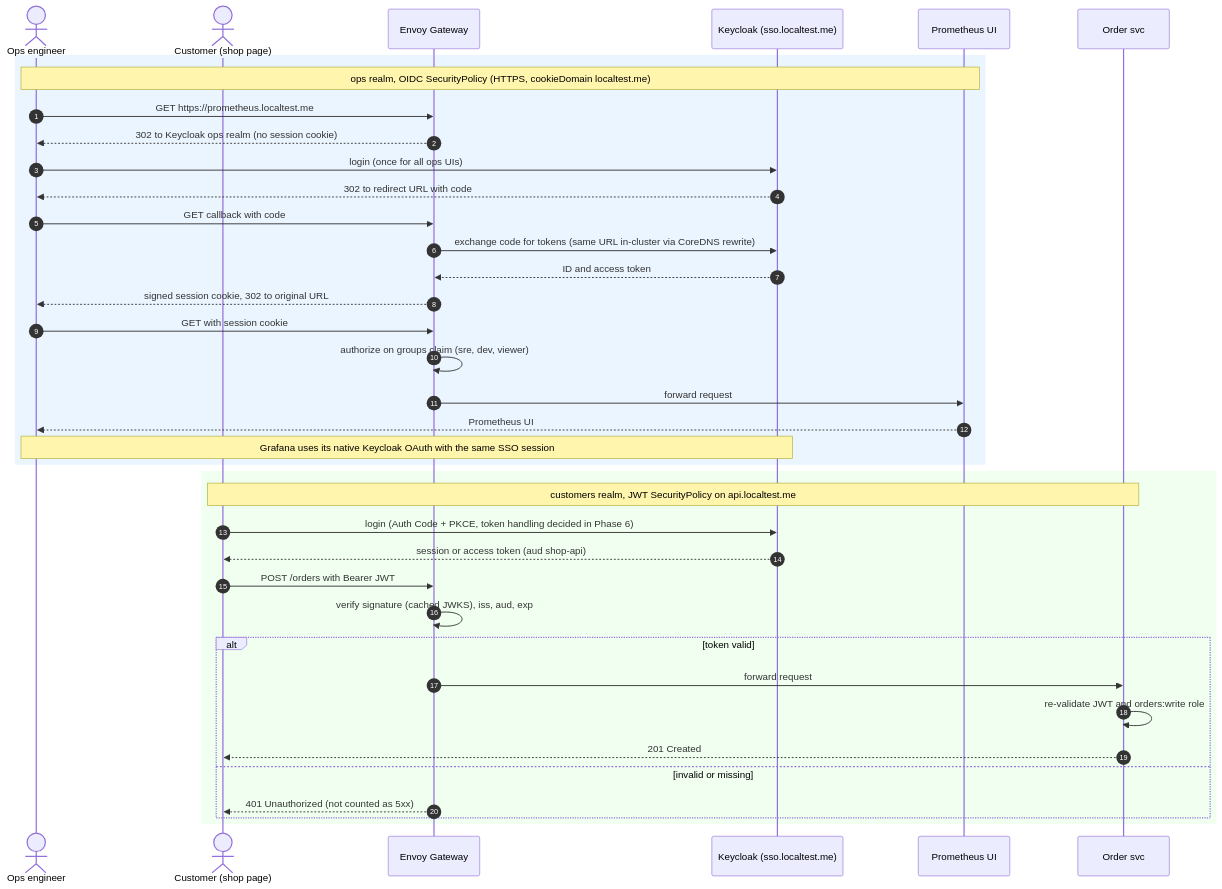
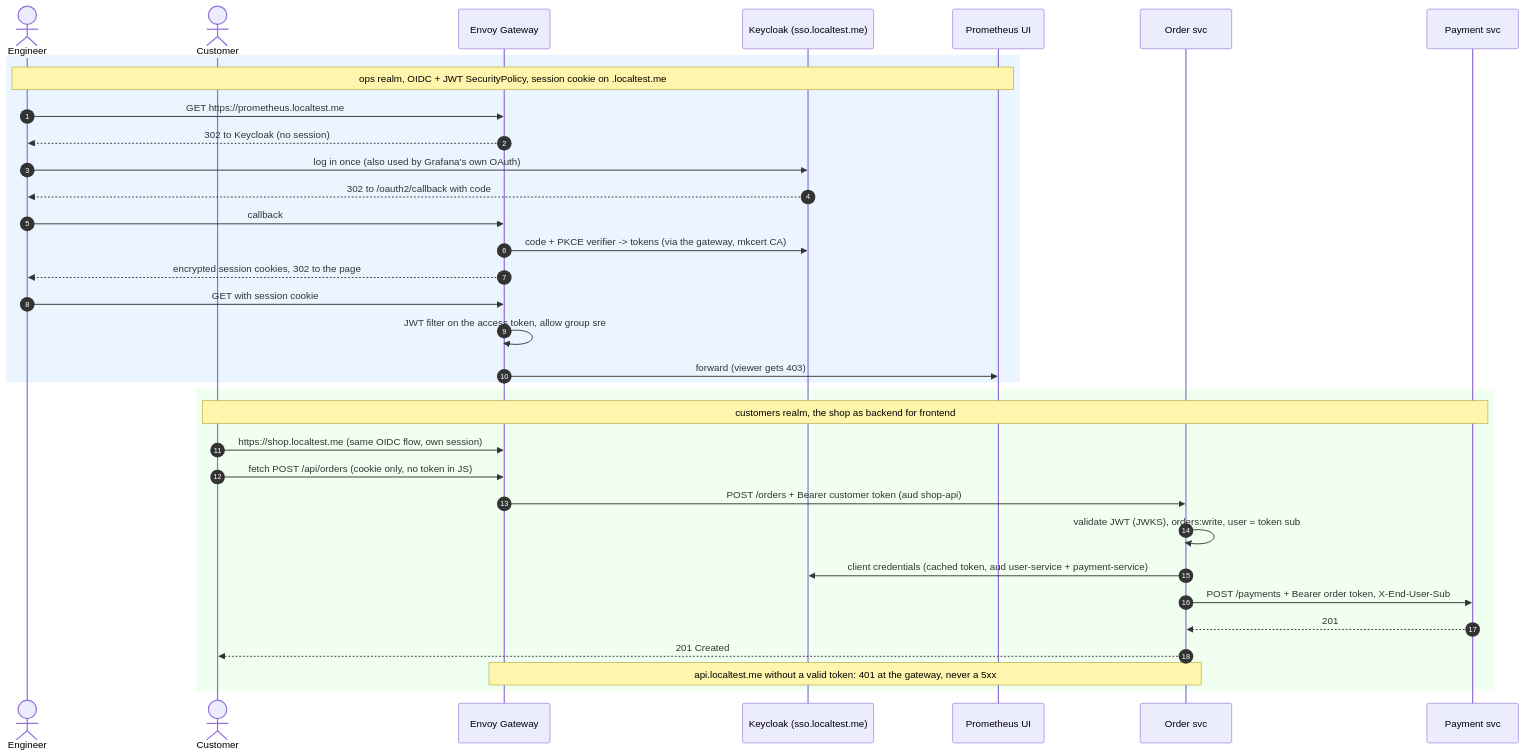
One commit to shaikadil95/service-health-dashboard changed the fourth of 4 diagrams in docs/architecture.md. Above: the diagram before and after it, drawn with Mermaid. The commit also changed other lines of this file and 11 other files, not shown here.

First line of the commit message:
docs: Phase 6 identity and SSO, HTTPS, authentication and the shop

````diff
--- a/docs/architecture.md
+++ b/docs/architecture.md
@@ -507,42 +514,38 @@
 ```mermaid
 sequenceDiagram
   autonumber
-  actor Ops as Ops engineer
-  actor Cust as Customer (shop page)
+  actor Ops as Engineer
+  actor Cust as Customer
   participant GW as Envoy Gateway
   participant KC as Keycloak (sso.localtest.me)
   participant Prom as Prometheus UI
   participant Order as Order svc
+  participant Pay as Payment svc
 
   rect rgb(235, 245, 255)
-    Note over Ops,Prom: ops realm, OIDC SecurityPolicy (HTTPS, cookieDomain localtest.me)
+    Note over Ops,Prom: ops realm, OIDC + JWT SecurityPolicy, session cookie on .localtest.me
     Ops->>GW: GET https://prometheus.localtest.me
-    GW-->>Ops: 302 to Keycloak ops realm (no session cookie)
-    Ops->>KC: login (once for all ops UIs)
-    KC-->>Ops: 302 to redirect URL with code
-    Ops->>GW: GET callback with code
-    GW->>KC: exchange code for tokens (same URL in-cluster via CoreDNS rewrite)
-    KC-->>GW: ID and access token
-    GW-->>Ops: signed session cookie, 302 to original URL
+    GW-->>Ops: 302 to Keycloak (no session)
+    Ops->>KC: log in once (also used by Grafana's own OAuth)
+    KC-->>Ops: 302 to /oauth2/callback with code
+    Ops->>GW: callback
+    GW->>KC: code + PKCE verifier -> tokens (via the gateway, mkcert CA)
+    GW-->>Ops: encrypted session cookies, 302 to the page
     Ops->>GW: GET with session cookie
-    GW->>GW: authorize on groups claim (sre, dev, viewer)
-    GW->>Prom: forward request
-    Prom-->>Ops: Prometheus UI
-    Note over Ops,KC: Grafana uses its native Keycloak OAuth with the same SSO session
+    GW->>GW: JWT filter on the access token, allow group sre
+    GW->>Prom: forward (viewer gets 403)
   end
 
   rect rgb(240, 255, 240)
-    Note over Cust,Order: customers realm, JWT SecurityPolicy on api.localtest.me
-    Cust->>KC: login (Auth Code + PKCE, token handling decided in Phase 6)
-    KC-->>Cust: session or access token (aud shop-api)
-    Cust->>GW: POST /orders with Bearer JWT
-    GW->>GW: verify signature (cached JWKS), iss, aud, exp
-    alt token valid
-      GW->>Order: forward request
-      Order->>Order: re-validate JWT and orders:write role
-      Order-->>Cust: 201 Created
-    else invalid or missing
-      GW-->>Cust: 401 Unauthorized (not counted as 5xx)
-    end
+    Note over Cust,Pay: customers realm, the shop as backend for frontend
+    Cust->>GW: https://shop.localtest.me (same OIDC flow, own session)
+    Cust->>GW: fetch POST /api/orders (cookie only, no token in JS)
+    GW->>Order: POST /orders + Bearer customer token (aud shop-api)
+    Order->>Order: validate JWT (JWKS), orders:write, user = token sub
+    Order->>KC: client credentials (cached token, aud user-service + payment-service)
+    Order->>Pay: POST /payments + Bearer order token, X-End-User-Sub
+    Pay-->>Order: 201
+    Order-->>Cust: 201 Created
+    Note over GW,Order: api.localtest.me without a valid token: 401 at the gateway, never a 5xx
   end
 ```
````
